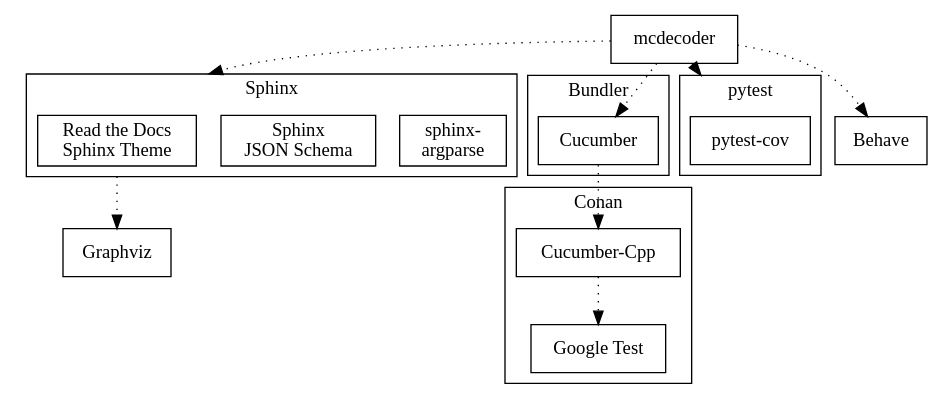
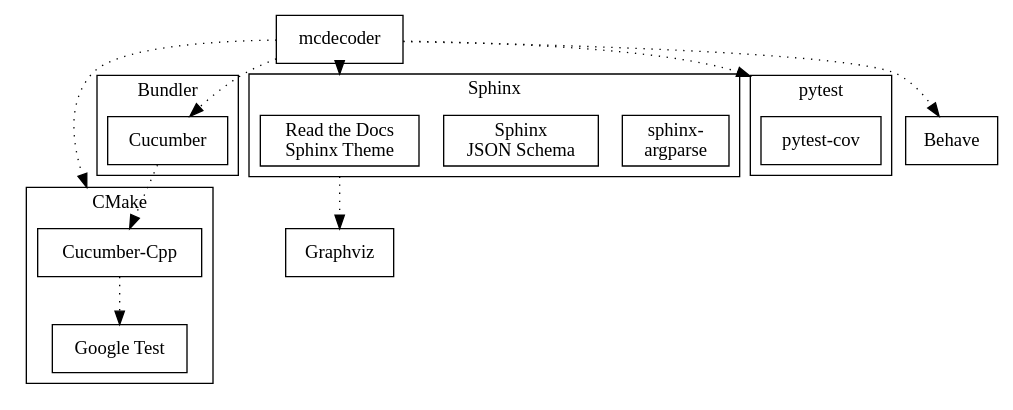
The second of 2 diagrams in src_docs/dev_design.rst (wildlarva/mcdecoder), drawn with Graphviz before and after one commit. The commit also changed other lines of this file and 13 other files, not shown here.

```diff
--- a/src_docs/dev_design.rst
+++ b/src_docs/dev_design.rst
@@ -150,43 +150,44 @@
 .. digraph:: develop
 
     compound = true
     node [shape=box]
     edge [style=dotted]
 
-    subgraph cluster_conan {
-        label = "Conan"
+    subgraph cluster_cmake {
+        label = "CMake"
 
         cucumber_cpp [label = "Cucumber-Cpp"]
         google_test [label = "Google Test"]
 
         cucumber_cpp -> google_test
     }
 
     subgraph cluster_sphinx {
         label = "Sphinx"
 
         sphinx_argparse [label = "sphinx-\nargparse"]
         sphinx_jsonschema [label = "Sphinx\nJSON Schema"]
         sphinx_rtd_theme [label = "Read the Docs\nSphinx Theme"]
     }
 
     subgraph cluster_bundler {
         label = "Bundler"
 
         cucumber [label = "Cucumber"]
     }
 
     subgraph cluster_pytest {
         label = "pytest"
 
         pytest_cov [label = "pytest-cov"]
     }
 
     behave [label = "Behave"]
     graphviz [label = "Graphviz"]
 
     mcdecoder -> pytest_cov [lhead=cluster_pytest]
     mcdecoder -> behave
+    mcdecoder -> cucumber_cpp [lhead=cluster_cmake]
     mcdecoder -> cucumber -> cucumber_cpp
     mcdecoder -> sphinx_rtd_theme [lhead=cluster_sphinx]
     sphinx_rtd_theme -> graphviz [ltail=cluster_sphinx]
```
